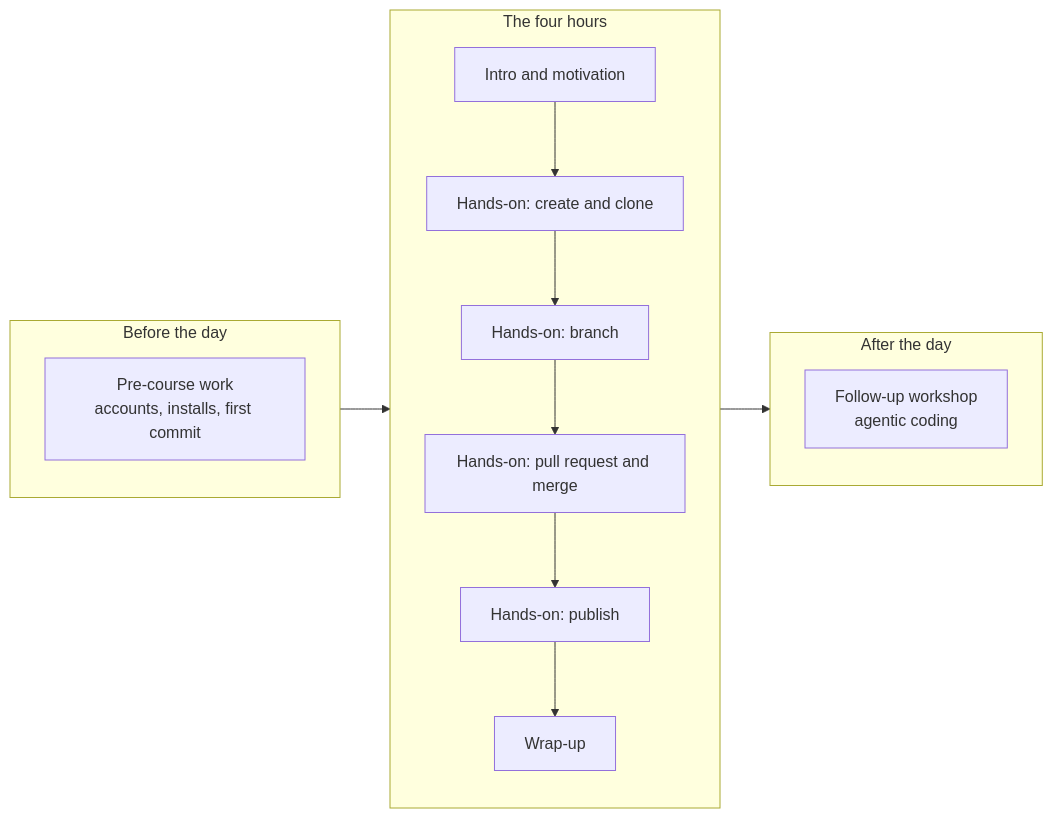
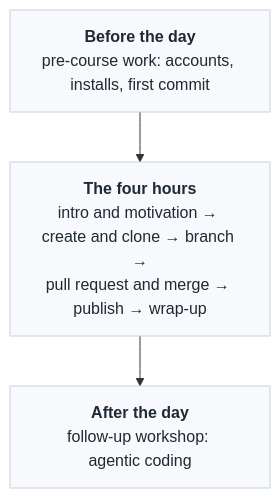
One commit to gitforsci/website changed the diagram in ch-course-shape.qmd. Above: the diagram before and after it, drawn with Mermaid. The commit also changed 9 other files, not shown here.

First line of the commit message:
docs(book): unify all mermaid diagrams on the overview style

````diff
--- a/ch-course-shape.qmd
+++ b/ch-course-shape.qmd
@@ -5,17 +5,10 @@
 ```{mermaid}
-flowchart LR
-    subgraph before[Before the day]
-        PW[Pre-course work<br/>accounts, installs, first commit]
-    end
-    subgraph day[The four hours]
-        I[Intro and motivation] --> H1[Hands-on: create and clone]
-        H1 --> H2[Hands-on: branch]
-        H2 --> H3[Hands-on: pull request and merge]
-        H3 --> H4[Hands-on: publish]
-        H4 --> W[Wrap-up]
-    end
-    subgraph after[After the day]
-        F[Follow-up workshop<br/>agentic coding]
-    end
-    before --> day --> after
+flowchart TD
+    classDef layer fill:#f7f9fc,stroke:#c7d2e0,color:#1f2933;
+
+    B["<b>Before the day</b><br/>pre-course work: accounts, installs, first commit"]:::layer
+    D["<b>The four hours</b><br/>intro and motivation → create and clone → branch →<br/>pull request and merge → publish → wrap-up"]:::layer
+    A["<b>After the day</b><br/>follow-up workshop: agentic coding"]:::layer
+
+    B --> D --> A
 ```
````
